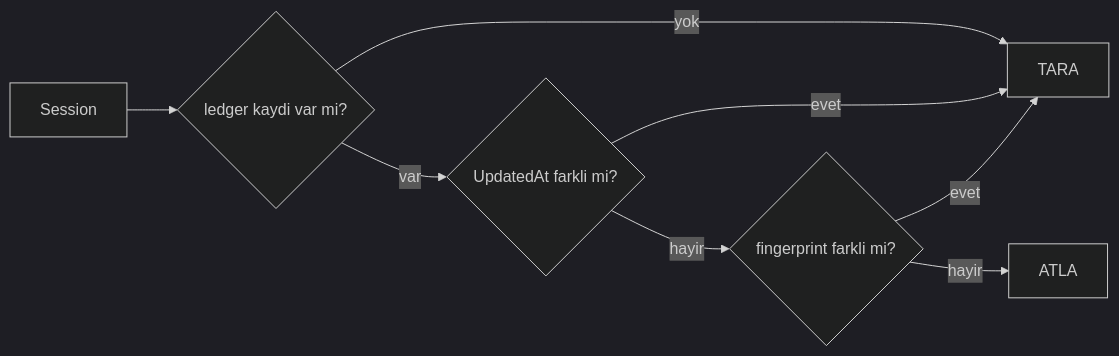
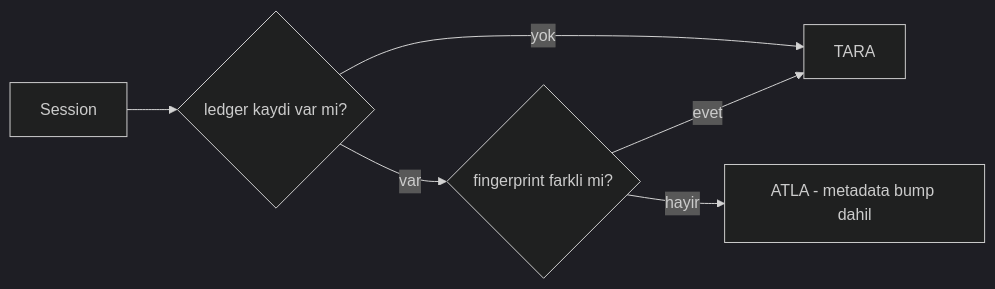
Before and after one commit to bilal-arikan/tionharness: the first of 3 diagrams in _Docs/60-RETROSPEKTIF-TARAMA.md, drawn with Mermaid (dark theme). The commit also changed other lines of this file and 162 other files, not shown here.

````diff
--- a/_Docs/60-RETROSPEKTIF-TARAMA.md
+++ b/_Docs/60-RETROSPEKTIF-TARAMA.md
@@ -85,10 +108,8 @@
 ```mermaid
 graph LR
     A[Session] --> B{ledger kaydi var mi?}
     B -- yok --> R[TARA]
-    B -- var --> C{UpdatedAt farkli mi?}
-    C -- evet --> R
-    C -- hayir --> D{fingerprint farkli mi?}
-    D -- evet --> R
-    D -- hayir --> S[ATLA]
+    B -- var --> D{fingerprint farkli mi?}
+    D -- evet --> R[TARA]
+    D -- hayir --> S[ATLA - metadata bump dahil]
 ```
````
